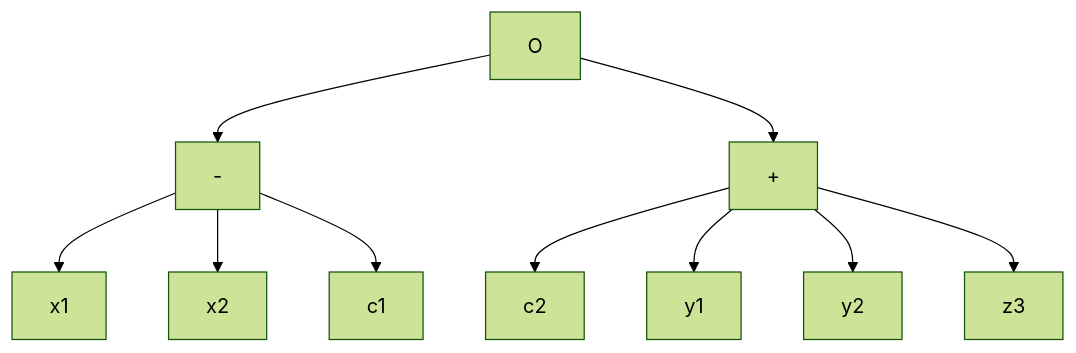
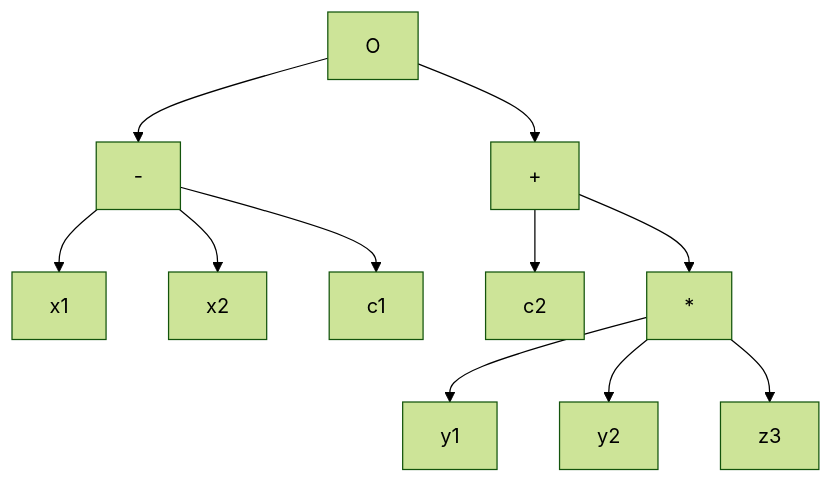
The fourth of 4 diagrams in Paradigmi di programmazione/OCaml/Inteprete.md (SuperSamus/appunti-universitari), drawn with Mermaid (forest theme) before and after one commit. The commit also changed other lines of this file, not shown here.

````diff
--- a/Paradigmi di programmazione/OCaml/Inteprete.md
+++ b/Paradigmi di programmazione/OCaml/Inteprete.md
@@ -194,6 +194,7 @@
 ```mermaid
 flowchart TB
 O --> - & +
 - --> x1 & x2 & c1
-+ --> c2 & y1 & y2 & z3
++ --> c2 & *
+* --> y1 & y2 & z3
 ```
````
